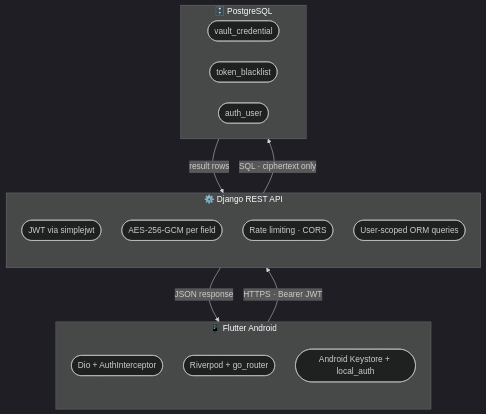
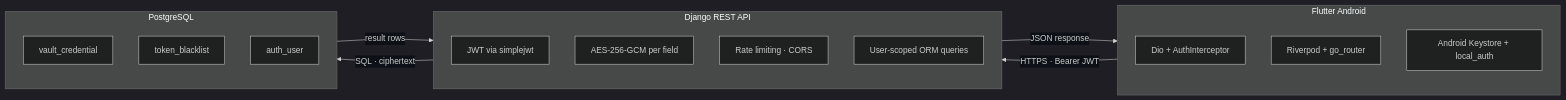
The diagram in README.md (dmnkSabota/password-vault), drawn with Mermaid before and after one commit.

````diff
--- a/README.md
+++ b/README.md
@@ -9,30 +9,27 @@
 ```mermaid
-%%{init: {'theme': 'dark', 'flowchart': {'curve': 'basis', 'nodeSpacing': 40, 'rankSpacing': 80}}}%%
-flowchart TD
-    subgraph MOBILE["📱 Flutter Android"]
-        direction TB
-        A1(["Dio + AuthInterceptor"])
-        A2(["Riverpod + go_router"])
-        A3(["Android Keystore + local_auth"])
+%%{init: {'theme': 'dark', 'themeVariables': {'edgeLabelBackground': '#0d1117'}, 'flowchart': {'curve': 'linear', 'nodeSpacing': 50, 'rankSpacing': 70}}}%%
+flowchart LR
+    subgraph MOBILE["Flutter Android"]
+        A1["Dio + AuthInterceptor"]
+        A2["Riverpod + go_router"]
+        A3["Android Keystore + local_auth"]
     end
 
-    subgraph BACKEND["⚙️ Django REST API"]
-        direction TB
-        B1(["JWT via simplejwt"])
-        B2(["AES-256-GCM per field"])
-        B3(["Rate limiting · CORS"])
-        B4(["User-scoped ORM queries"])
+    subgraph BACKEND["Django REST API"]
+        B1["JWT via simplejwt"]
+        B2["AES-256-GCM per field"]
+        B3["Rate limiting · CORS"]
+        B4["User-scoped ORM queries"]
     end
 
-    subgraph DATABASE["🗄️ PostgreSQL"]
-        direction LR
-        C1(["vault_credential"])
-        C2(["token_blacklist"])
-        C3(["auth_user"])
+    subgraph DATABASE["PostgreSQL"]
+        C1["vault_credential"]
+        C2["token_blacklist"]
+        C3["auth_user"]
     end
 
     MOBILE -->|"HTTPS · Bearer JWT"| BACKEND
     BACKEND -->|"JSON response"| MOBILE
-    BACKEND -->|"SQL · ciphertext only"| DATABASE
+    BACKEND -->|"SQL · ciphertext"| DATABASE
     DATABASE -->|"result rows"| BACKEND
 ```
````
